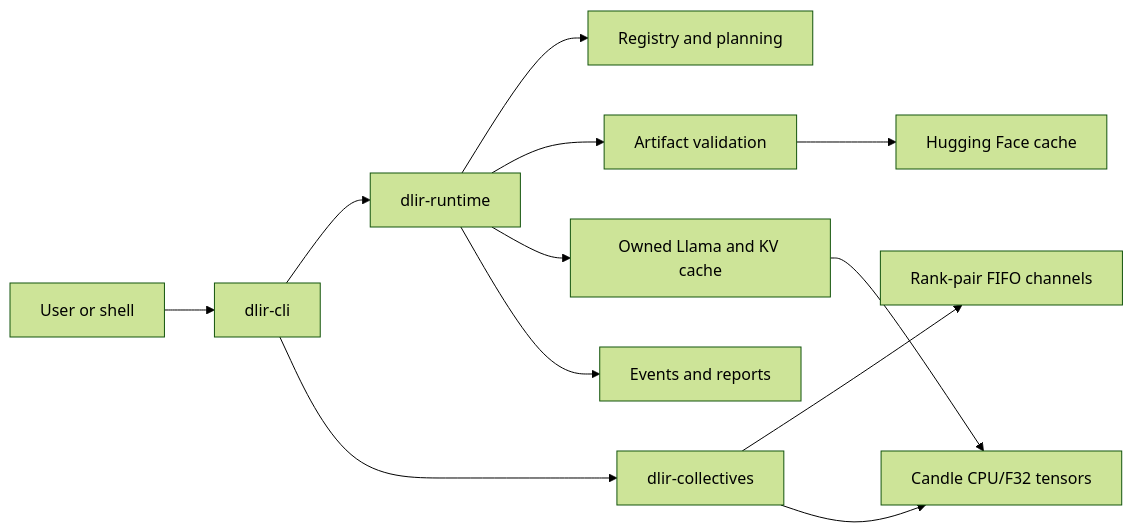
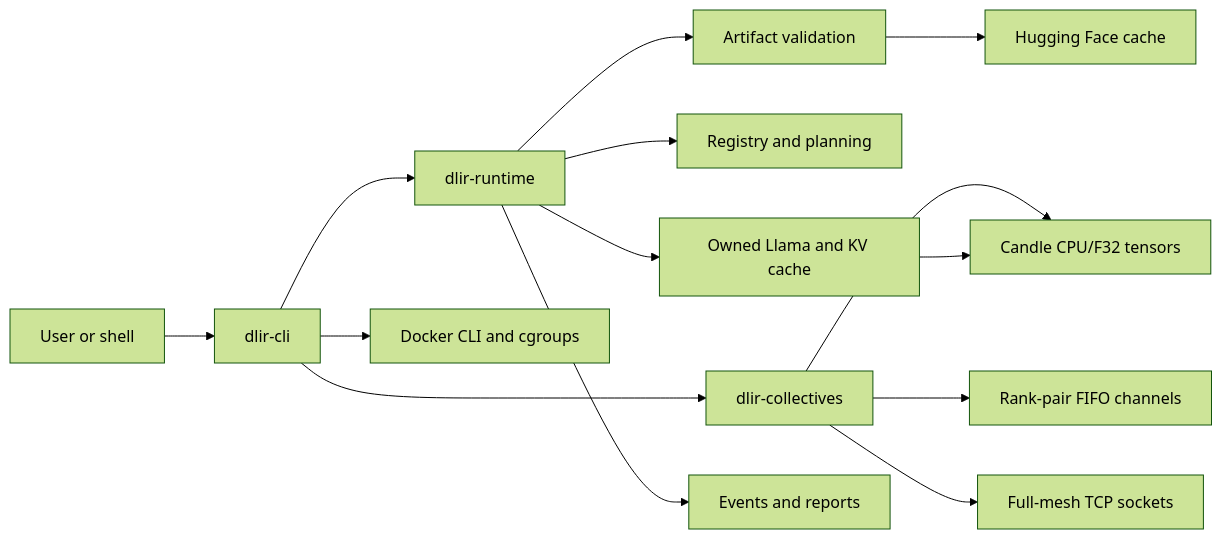
Before and after one commit to Ayobami-00/distributed-llm-inference-rs: the first of 5 diagrams in docs/architecture.md, drawn with Mermaid (forest theme). The commit also changed other lines of this file and 27 other files, not shown here.

````diff
--- a/docs/architecture.md
+++ b/docs/architecture.md
@@ -23,14 +30,16 @@
 ```mermaid
 flowchart LR
     User[User or shell] --> CLI[dlir-cli]
     CLI --> Runtime[dlir-runtime]
     CLI --> Collectives[dlir-collectives]
+    CLI --> Docker[Docker CLI and cgroups]
     Collectives --> Channels[Rank-pair FIFO channels]
+    Collectives --> TCP[Full-mesh TCP sockets]
     Collectives --> Candle[Candle CPU/F32 tensors]
     Runtime --> Registry[Registry and planning]
     Runtime --> Artifacts[Artifact validation]
     Runtime --> Model[Owned Llama and KV cache]
     Runtime --> Reports[Events and reports]
     Artifacts --> Hub[Hugging Face cache]
     Model --> Candle
 ```
````
